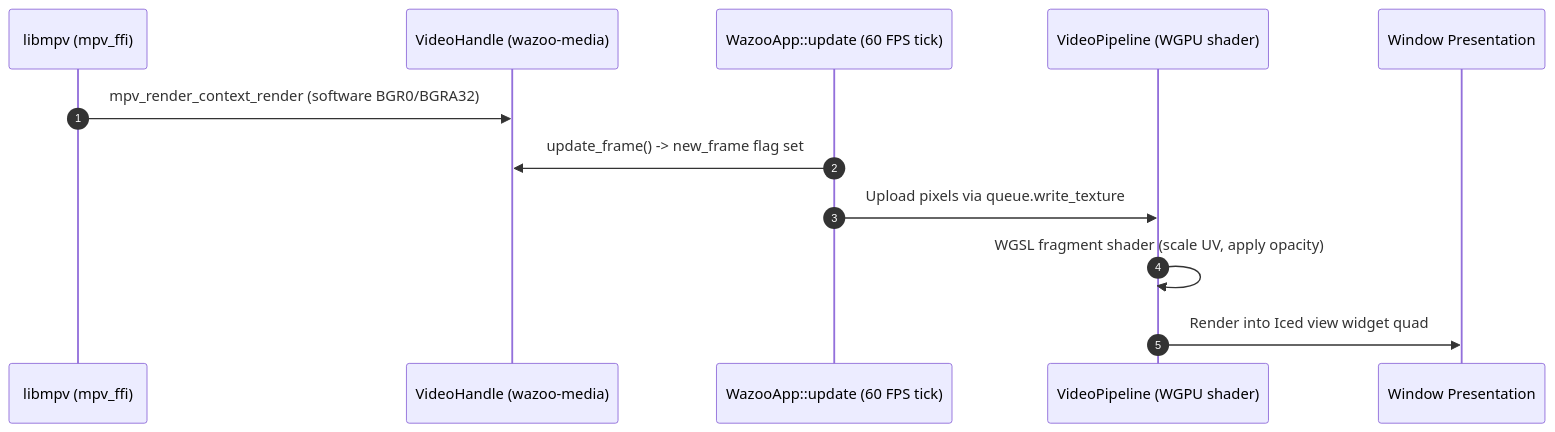
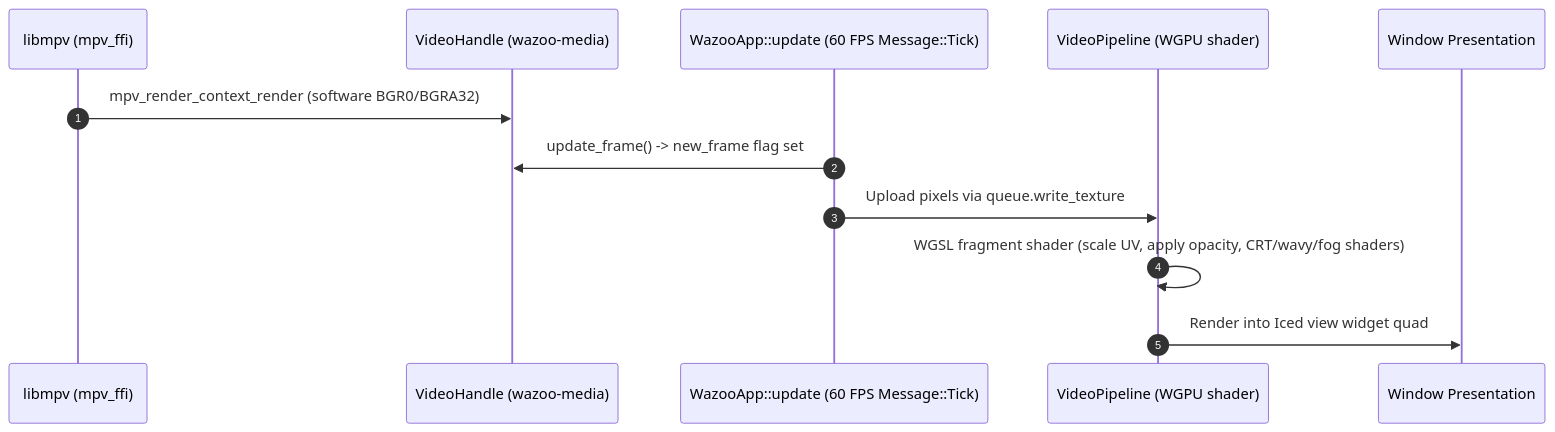
Before and after one commit to alkali-softworks/wazoo: the fourth of 6 diagrams in docs/README.md, drawn with Mermaid. The commit also changed other lines of this file and 5 other files, not shown here.

````diff
--- a/docs/README.md
+++ b/docs/README.md
@@ -102,15 +108,15 @@
 ```mermaid
 sequenceDiagram
     autonumber
     participant Engine as libmpv (mpv_ffi)
     participant Handle as VideoHandle (wazoo-media)
-    participant App as WazooApp::update (60 FPS tick)
+    participant App as WazooApp::update (60 FPS Message::Tick)
     participant Pipeline as VideoPipeline (WGPU shader)
     participant Screen as Window Presentation
 
     Engine->>Handle: mpv_render_context_render (software BGR0/BGRA32)
     App->>Handle: update_frame() -> new_frame flag set
     App->>Pipeline: Upload pixels via queue.write_texture
-    Pipeline->>Pipeline: WGSL fragment shader (scale UV, apply opacity)
+    Pipeline->>Pipeline: WGSL fragment shader (scale UV, apply opacity, CRT/wavy/fog shaders)
     Pipeline->>Screen: Render into Iced view widget quad
 ```
````
